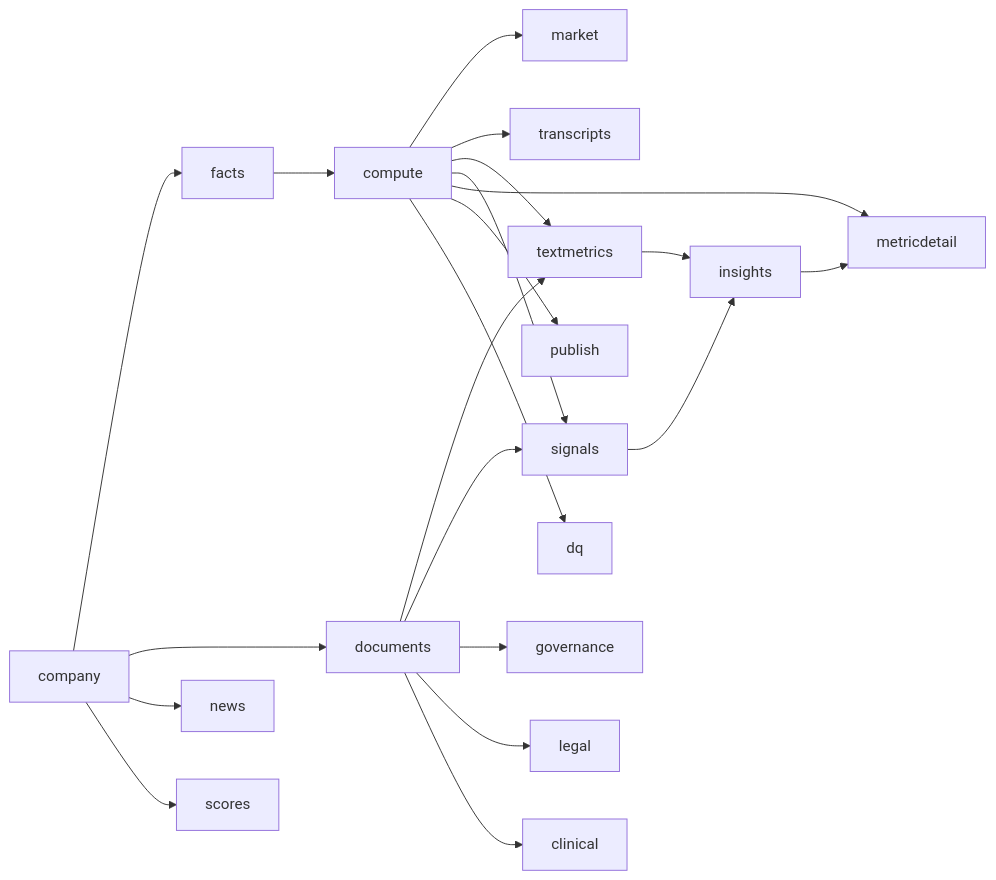
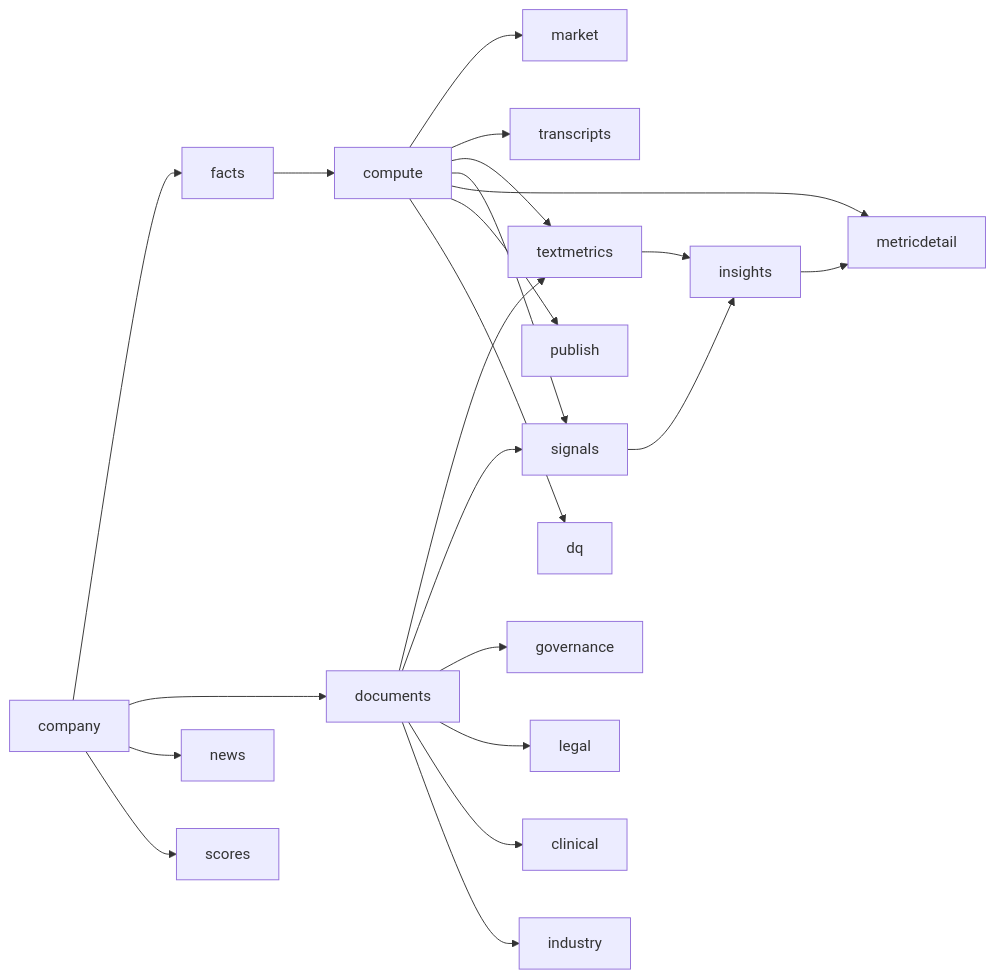
The second of 2 diagrams in docs/TECHNICAL.md (jiehuan/prof360), drawn with Mermaid before and after one commit. The commit also changed other lines of this file and 22 other files, not shown here.

````diff
--- a/docs/TECHNICAL.md
+++ b/docs/TECHNICAL.md
@@ -74,22 +74,23 @@
 ```mermaid
 flowchart LR
   company --> facts --> compute
   compute --> market
   company --> documents
   company --> news
   company --> scores
   compute --> transcripts
   compute --> textmetrics
   documents --> textmetrics
   compute --> signals
   documents --> signals
   documents --> governance
   documents --> legal
   documents --> clinical
+  documents --> industry
   signals --> insights
   textmetrics --> insights
   insights --> metricdetail
   compute --> metricdetail
   compute --> publish
   compute --> dq
 ```
````
